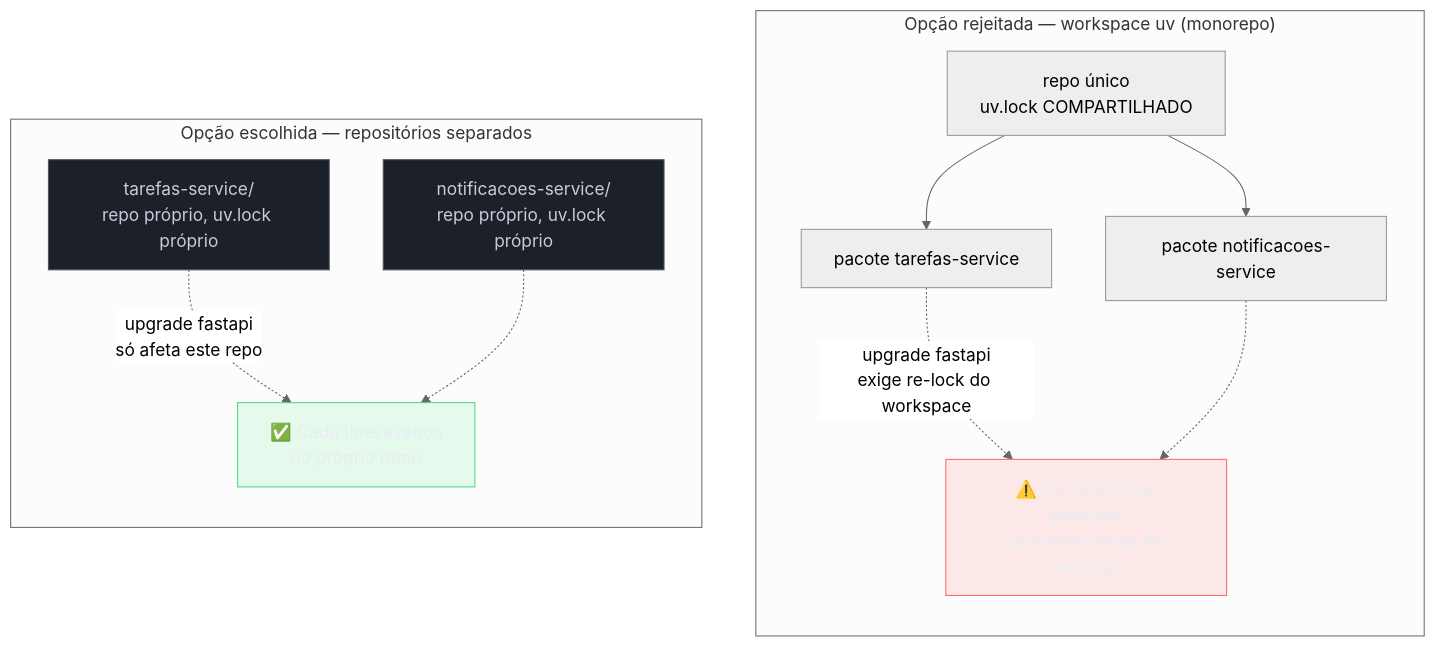
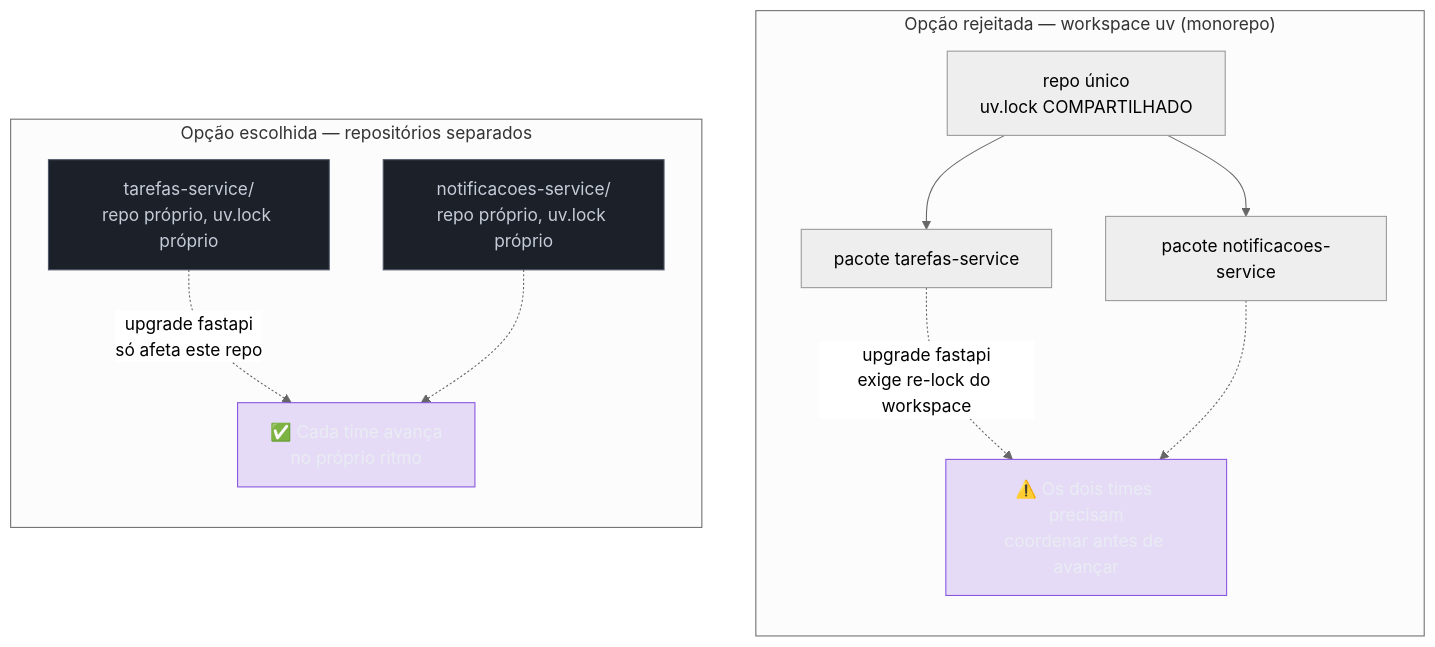
The third of 4 diagrams in 03-Dominios/Tecnologia/Python/Build e tooling/08 - Capstone — tooling consistente nos dois serviços.md (josenaldo/codex-technomanticus), drawn with Mermaid (neutral theme) before and after one commit. The commit also changed other lines of this file and 601 other files, not shown here.

````diff
--- a/03-Dominios/Tecnologia/Python/Build e tooling/08 - Capstone — tooling consistente nos dois serviços.md
+++ b/03-Dominios/Tecnologia/Python/Build e tooling/08 - Capstone — tooling consistente nos dois serviços.md
@@ -303,29 +302,28 @@
 ```mermaid
 flowchart TB
-    classDef falha fill:#FF6B6B24,stroke:#FF6B6B,color:#E9ECF2
-    classDef ok fill:#4ADE8021,stroke:#4ADE80,color:#E9ECF2
+    classDef marca fill:#8855DF33,stroke:#8855DF,color:#E9ECF2
     classDef neutro fill:#1B2029,stroke:#4E5666,color:#C6CCD8
     subgraph WS["Opção rejeitada — workspace uv (monorepo)"]
         direction TB
         WSRoot["repo único<br/>uv.lock COMPARTILHADO"]
         WST["pacote tarefas-service"]
         WSN["pacote notificacoes-service"]
         WSRoot --> WST
         WSRoot --> WSN
         WST -.->|"upgrade fastapi<br/>exige re-lock do workspace"| Bloqueio["⚠️ Os dois times precisam<br/>coordenar antes de avançar"]
         WSN -.-> Bloqueio
     end
 
     subgraph Sep["Opção escolhida — repositórios separados"]
         direction TB
         RT["tarefas-service/<br/>repo próprio, uv.lock próprio"]
         RN["notificacoes-service/<br/>repo próprio, uv.lock próprio"]
         RT -.->|"upgrade fastapi<br/>só afeta este repo"| Livre["✅ Cada time avança<br/>no próprio ritmo"]
         RN -.-> Livre
     end
 
-    class Bloqueio falha
-    class Livre ok
+    class Bloqueio marca
+    class Livre marca
     class RT neutro
     class RN neutro
 ```
````
